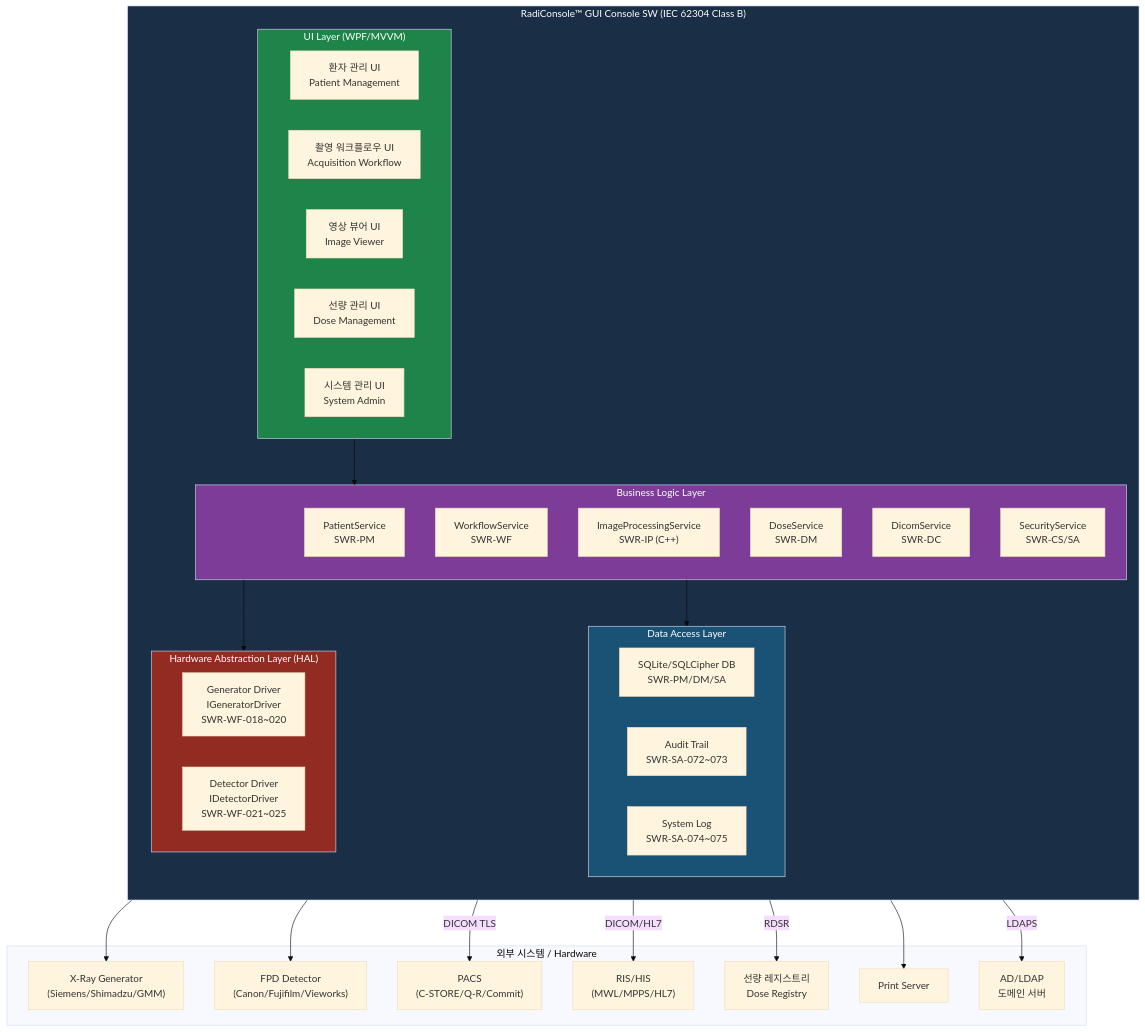
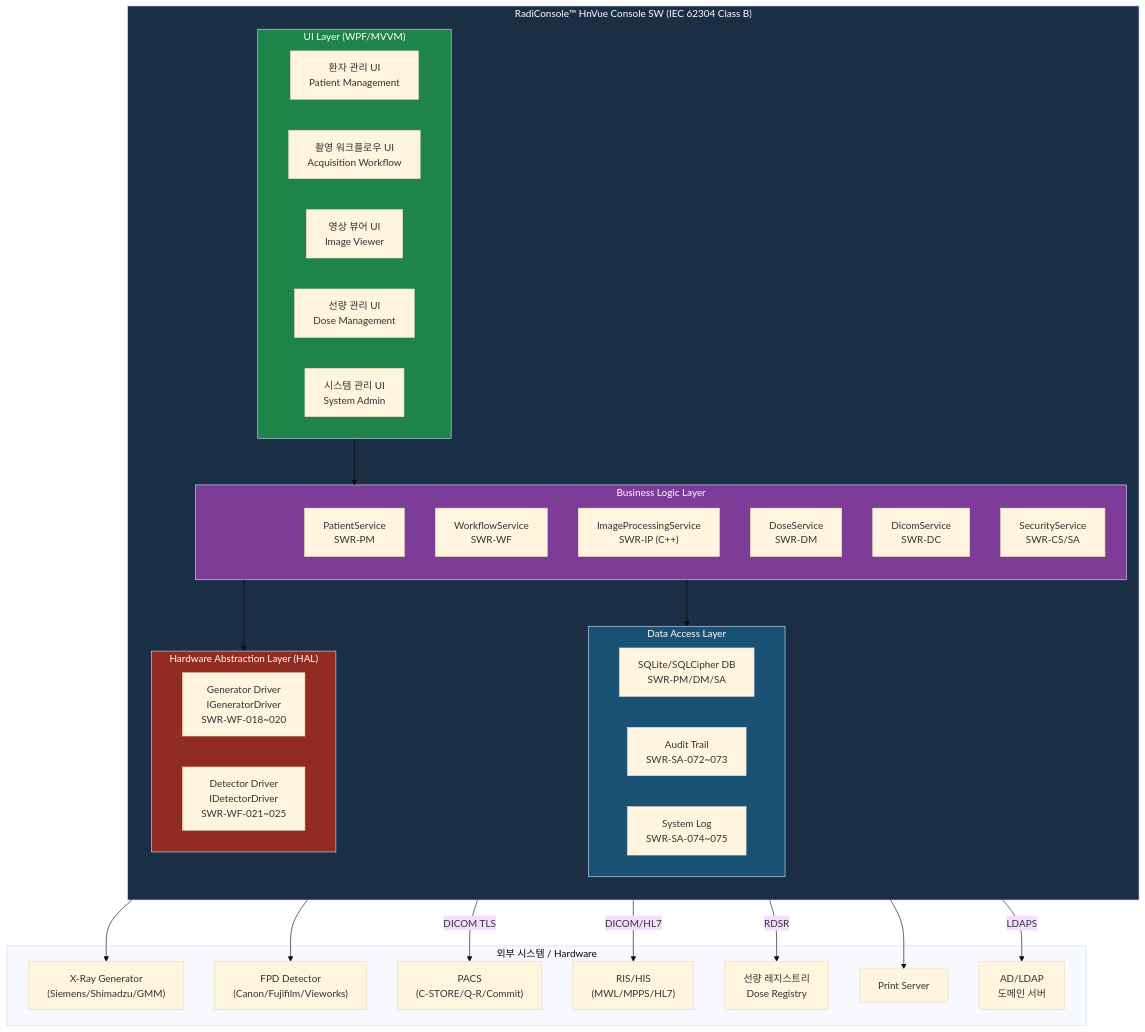
The second of 6 diagrams in docs/planning/DOC-005_SRS_v1.0.md (holee9/console-gui), drawn with Mermaid (base theme) before and after one commit. The commit also changed other lines of this file and 40 other files, not shown here.

````diff
--- a/docs/planning/DOC-005_SRS_v1.0.md
+++ b/docs/planning/DOC-005_SRS_v1.0.md
@@ -163,60 +163,60 @@
 ```mermaid
 graph TB
-    subgraph RadiConsole["RadiConsole™ GUI Console SW (IEC 62304 Class B)"]
+    subgraph RadiConsole["RadiConsole™ HnVue Console SW (IEC 62304 Class B)"]
         direction TB
         subgraph UI["UI Layer (WPF/MVVM)"]
             PM_UI["환자 관리 UI\nPatient Management"]
             WF_UI["촬영 워크플로우 UI\nAcquisition Workflow"]
             IP_UI["영상 뷰어 UI\nImage Viewer"]
             DM_UI["선량 관리 UI\nDose Management"]
             SA_UI["시스템 관리 UI\nSystem Admin"]
         end
 
         subgraph BL["Business Logic Layer"]
             PM_SVC["PatientService\nSWR-PM"]
             WF_SVC["WorkflowService\nSWR-WF"]
             IP_SVC["ImageProcessingService\nSWR-IP (C++)"]
             DM_SVC["DoseService\nSWR-DM"]
             DC_SVC["DicomService\nSWR-DC"]
             CS_SVC["SecurityService\nSWR-CS/SA"]
         end
 
         subgraph DAL["Data Access Layer"]
             DB["SQLite/SQLCipher DB\nSWR-PM/DM/SA"]
             AUDIT["Audit Trail\nSWR-SA-072~073"]
             LOG["System Log\nSWR-SA-074~075"]
         end
 
         subgraph HAL["Hardware Abstraction Layer (HAL)"]
             GEN_DRV["Generator Driver\nIGeneratorDriver\nSWR-WF-018~020"]
             DET_DRV["Detector Driver\nIDetectorDriver\nSWR-WF-021~025"]
         end
     end
 
     subgraph External["외부 시스템 / Hardware"]
         GEN["X-Ray Generator\n(Siemens/Shimadzu/GMM)"]
         DET["FPD Detector\n(Canon/Fujifilm/Vieworks)"]
         PACS["PACS\n(C-STORE/Q-R/Commit)"]
         RIS["RIS/HIS\n(MWL/MPPS/HL7)"]
         DOSE_REG["선량 레지스트리\nDose Registry"]
         PRINT["Print Server"]
         AD["AD/LDAP\n도메인 서버"]
     end
 
     UI --> BL
     BL --> DAL
     BL --> HAL
     HAL --> GEN
     HAL --> DET
     DC_SVC -->|"DICOM TLS"| PACS
     DC_SVC -->|"DICOM/HL7"| RIS
     DC_SVC -->|"RDSR"| DOSE_REG
     DC_SVC --> PRINT
     CS_SVC -->|"LDAPS"| AD
 
     style RadiConsole fill:#1a2e45,color:#fff
     style UI fill:#1e8449,color:#fff
     style BL fill:#7d3c98,color:#fff
     style DAL fill:#1a5276,color:#fff
     style HAL fill:#922b21,color:#fff
 ```
````
